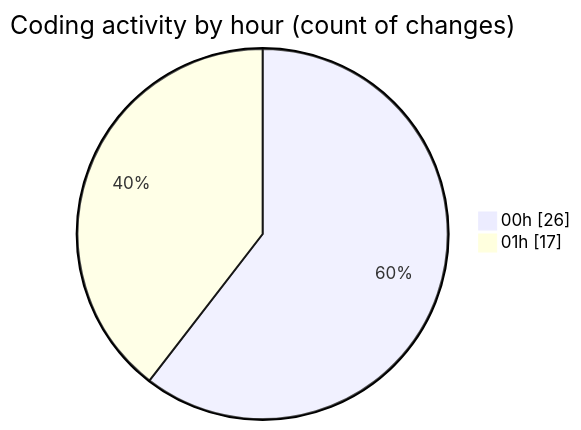
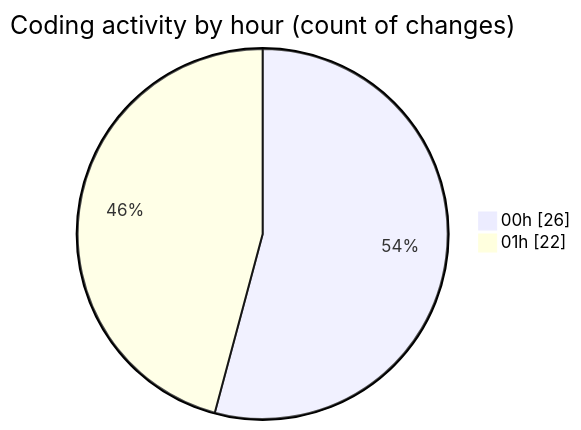
One commit to lephambinh05/code-tracking changed the second of 2 diagrams in 2025-08-17/rentotp/README.md. Above: the diagram before and after it, drawn with Mermaid. The commit also changed other lines of this file and 1 other file, not shown here.

````diff
--- a/2025-08-17/rentotp/README.md
+++ b/2025-08-17/rentotp/README.md
@@ -44,6 +44,6 @@
 ```mermaid
 pie showData
 title Coding activity by hour (count of changes)
 "00h" : 26
-"01h" : 17
+"01h" : 22
 ```
````
